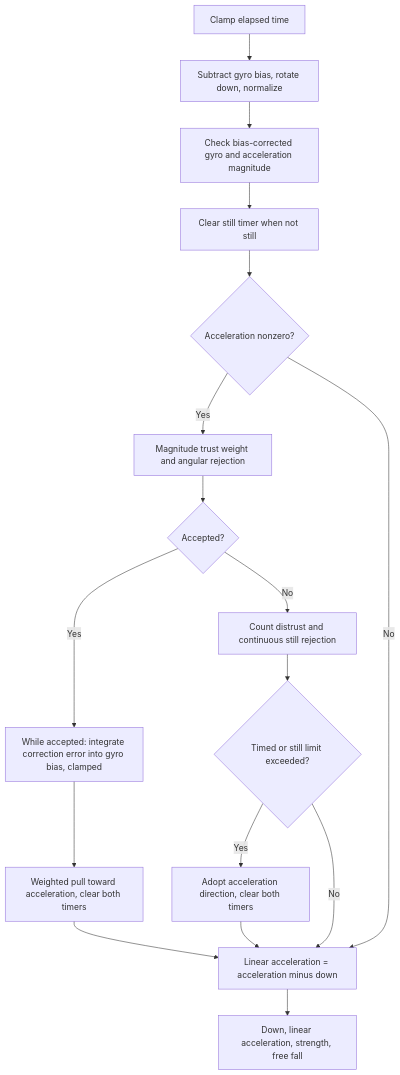
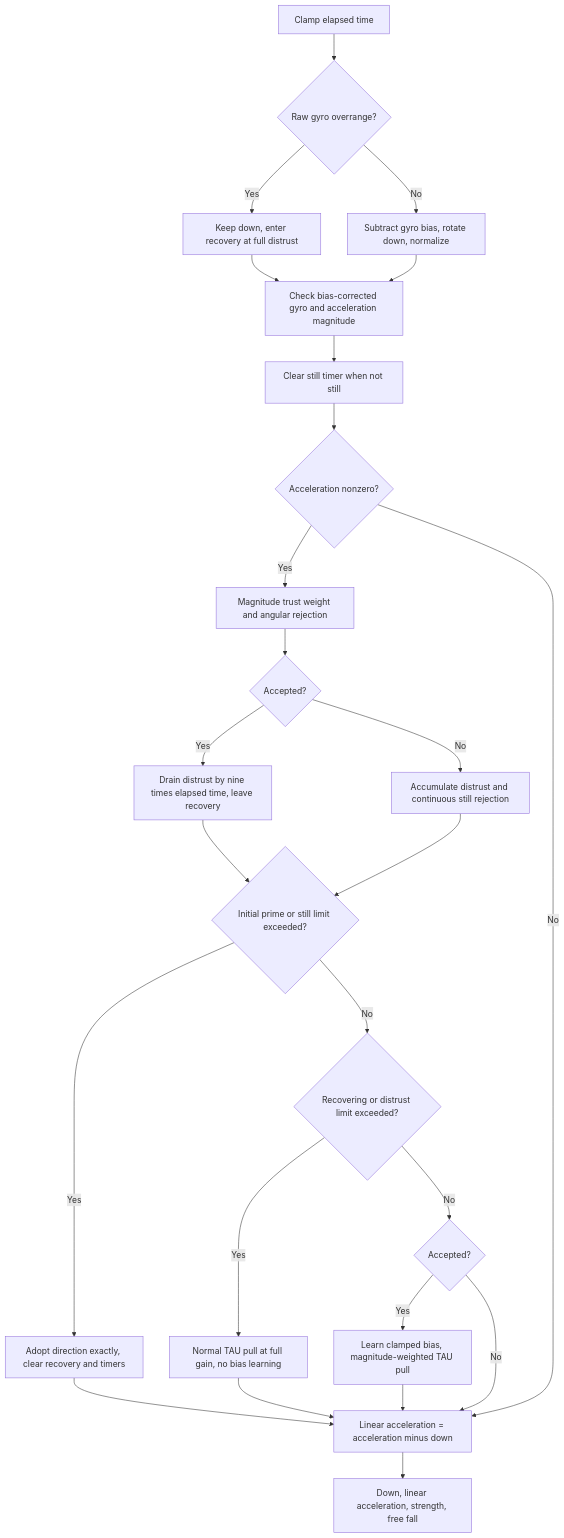
The second of 2 diagrams in docs/notes/Input-and-Sensors.md (jose-villegas/autana), drawn with Mermaid before and after one commit. The commit also changed other lines of this file and 7 other files, not shown here.

Commit message:
input: add leaky gravity recovery and gyro overrange restart

````diff
--- a/docs/notes/Input-and-Sensors.md
+++ b/docs/notes/Input-and-Sensors.md
@@ -252,19 +252,27 @@
 ```mermaid
 flowchart TD
-    Clamp[Clamp elapsed time] --> Rotate[Subtract gyro bias, rotate down, normalize]
+    Clamp[Clamp elapsed time] --> Range{Raw gyro overrange?}
+    Range -->|Yes| Restart[Keep down, enter recovery at full distrust]
+    Range -->|No| Rotate[Subtract gyro bias, rotate down, normalize]
+    Restart --> Still
     Rotate --> Still[Check bias-corrected gyro and acceleration magnitude]
     Still --> Reset[Clear still timer when not still]
     Reset --> Nonzero{Acceleration nonzero?}
     Nonzero -->|Yes| Trust[Magnitude trust weight and angular rejection]
     Trust --> Accepted{Accepted?}
-    Accepted -->|Yes| Bias[While accepted: integrate correction error into gyro bias, clamped]
-    Accepted -->|No| Recover[Count distrust and continuous still rejection]
-    Recover --> Deadline{Timed or still limit exceeded?}
-    Deadline -->|Yes| Adopt[Adopt acceleration direction, clear both timers]
-    Deadline -->|No| Linear
-    Bias --> Pull[Weighted pull toward acceleration, clear both timers]
-    Pull --> Linear[Linear acceleration = acceleration minus down]
+    Accepted -->|Yes| Drain[Drain distrust by nine times elapsed time, leave recovery]
+    Accepted -->|No| Recover[Accumulate distrust and continuous still rejection]
+    Drain --> Prime
+    Recover --> Prime{Initial prime or still limit exceeded?}
+    Prime -->|Yes| Adopt[Adopt direction exactly, clear recovery and timers]
+    Prime -->|No| Recovery{Recovering or distrust limit exceeded?}
+    Recovery -->|Yes| Full[Normal TAU pull at full gain, no bias learning]
+    Recovery -->|No| Normal{Accepted?}
+    Normal -->|Yes| Bias[Learn clamped bias, magnitude-weighted TAU pull]
+    Normal -->|No| Linear
+    Full --> Linear[Linear acceleration = acceleration minus down]
+    Bias --> Linear
     Adopt --> Linear
     Nonzero -->|No| Linear
     Linear --> Output[Down, linear acceleration, strength, free fall]
 ```
````
